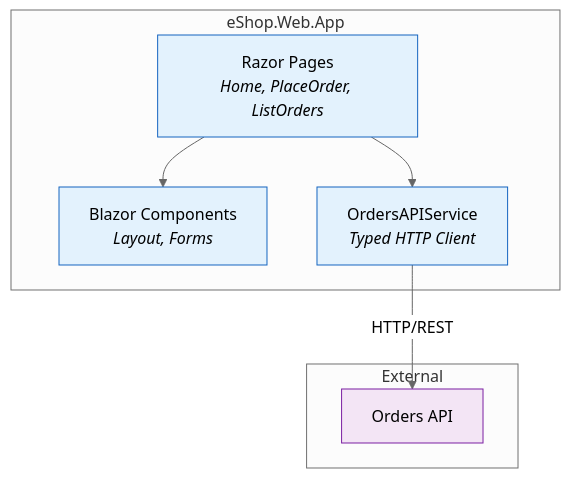
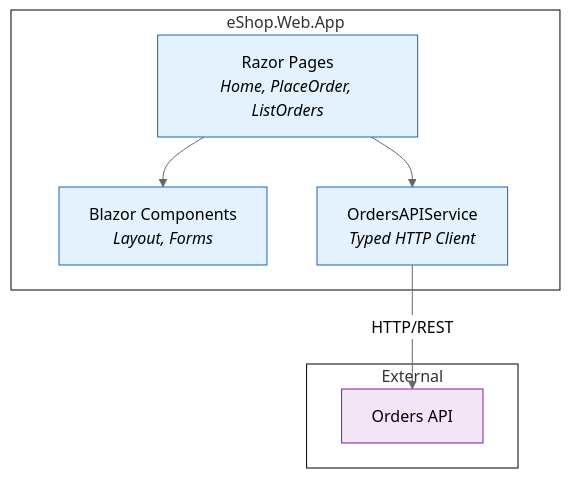
Before and after one commit to Evilazaro/Azure-LogicApps-Monitoring: the third of 5 diagrams in docs/architecture/03-application-architecture.md, drawn with Mermaid (neutral theme). The commit also changed other lines of this file and 2 other files, not shown here.

Commit message:
Refactor Mermaid diagrams for improved clarity and consistency across architecture documentation

````diff
--- a/docs/architecture/03-application-architecture.md
+++ b/docs/architecture/03-application-architecture.md
@@ -183,22 +186,22 @@
 ```mermaid
 flowchart TB
-    subgraph WebApp["eShop.Web.App"]
-        Pages["Razor Pages<br/><i>Home, PlaceOrder, ListOrders</i>"]
-        Components["Blazor Components<br/><i>Layout, Forms</i>"]
-        ApiService["OrdersAPIService<br/><i>Typed HTTP Client</i>"]
-    end
+ subgraph WebApp["eShop.Web.App"]
+        Pages["Razor Pages<br><i>Home, PlaceOrder, ListOrders</i>"]
+        Components["Blazor Components<br><i>Layout, Forms</i>"]
+        ApiService["OrdersAPIService<br><i>Typed HTTP Client</i>"]
+  end
+ subgraph External["External"]
+        API["Orders API"]
+  end
+    Pages --> Components & ApiService
+    ApiService -- HTTP/REST --> API
 
-    subgraph External["External"]
-        API["Orders API"]
-    end
-
-    Pages --> Components
-    Pages --> ApiService
-    ApiService -->|"HTTP/REST"| API
-
+     Pages:::internal
+     Components:::internal
+     ApiService:::internal
+     API:::external
     classDef internal fill:#e3f2fd,stroke:#1565c0
     classDef external fill:#f3e5f5,stroke:#7b1fa2
-
-    class Pages,Components,ApiService internal
-    class API external
+    style WebApp stroke:#000000,fill:#FFFFFF
+    style External stroke:#000000,fill:#FFFFFF
 ```
````
